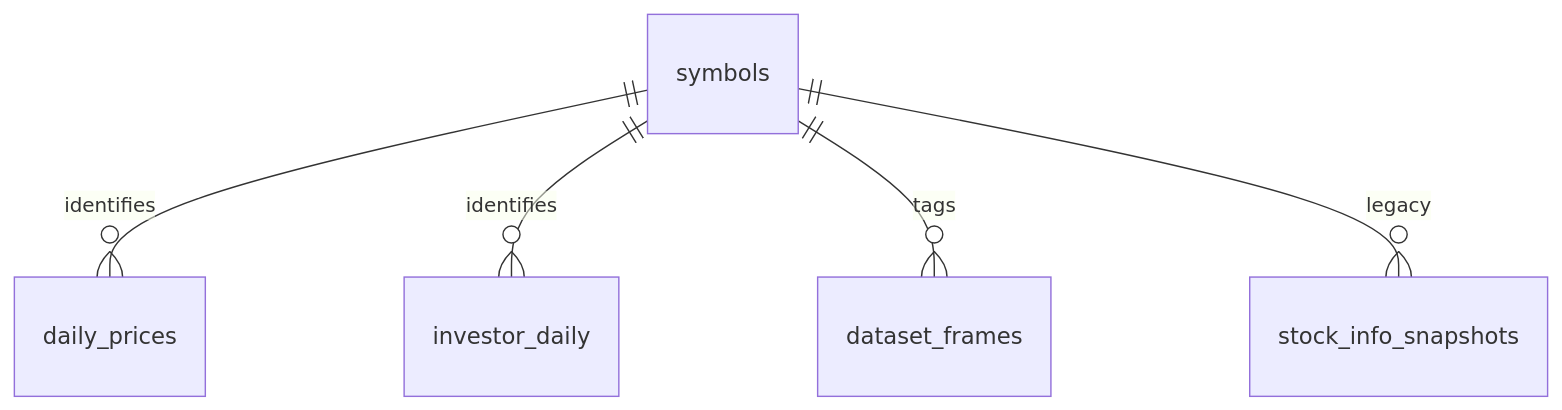
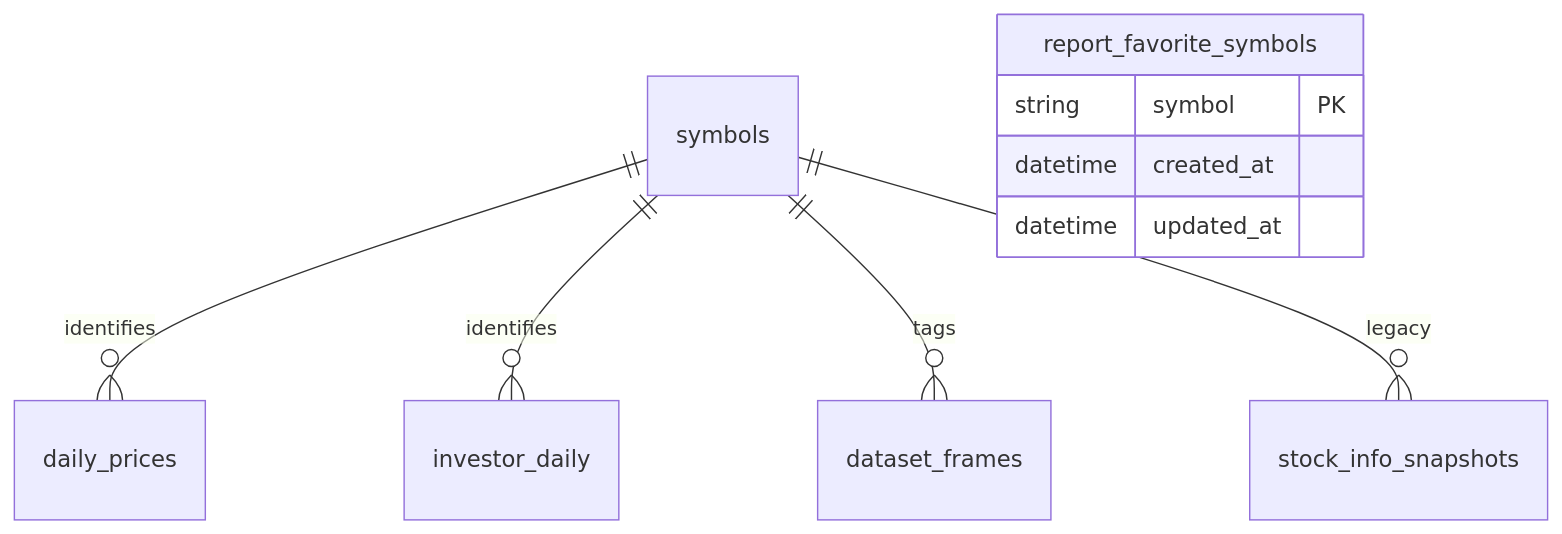
The diagram in docs/operations/db_erd.md (dydwnsekd/invest_bot), drawn with Mermaid before and after one commit. The commit also changed other lines of this file and 13 other files, not shown here.

````diff
--- a/docs/operations/db_erd.md
+++ b/docs/operations/db_erd.md
@@ -7,7 +7,12 @@
 ```mermaid
 erDiagram
     symbols ||--o{ daily_prices : identifies
     symbols ||--o{ investor_daily : identifies
     symbols ||--o{ dataset_frames : tags
     symbols ||--o{ stock_info_snapshots : legacy
+    report_favorite_symbols {
+        string symbol PK
+        datetime created_at
+        datetime updated_at
+    }
 ```
````
